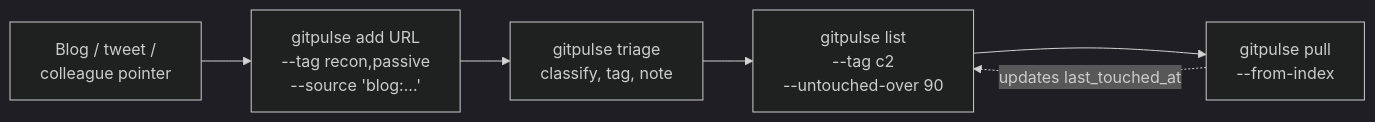
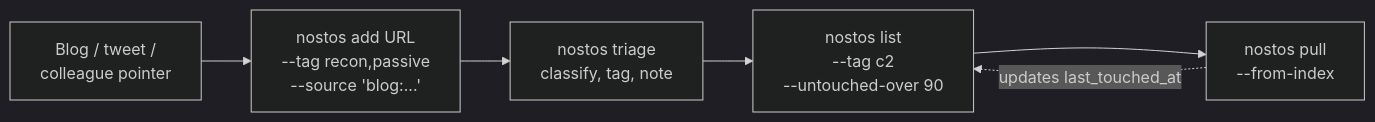
Before and after one commit to prodrom3/gitpulse: the first of 6 diagrams in README.md, drawn with Mermaid (dark theme). The commit also changed other lines of this file and 63 other files, not shown here.

First line of the commit message:
Rename gitpulse -> nostos (v1.0.0)

````diff
--- a/README.md
+++ b/README.md
@@ -445,12 +445,12 @@
 ```mermaid
 flowchart LR
     intel[Blog / tweet /<br/>colleague pointer]
-    add[gitpulse add URL<br/>--tag recon,passive<br/>--source 'blog:...']
-    triage[gitpulse triage<br/>classify, tag, note]
-    list[gitpulse list<br/>--tag c2<br/>--untouched-over 90]
-    pull[gitpulse pull<br/>--from-index]
+    add[nostos add URL<br/>--tag recon,passive<br/>--source 'blog:...']
+    triage[nostos triage<br/>classify, tag, note]
+    list[nostos list<br/>--tag c2<br/>--untouched-over 90]
+    pull[nostos pull<br/>--from-index]
 
     intel --> add --> triage --> list
     list --> pull
     pull -. updates last_touched_at .-> list
 ```
````
